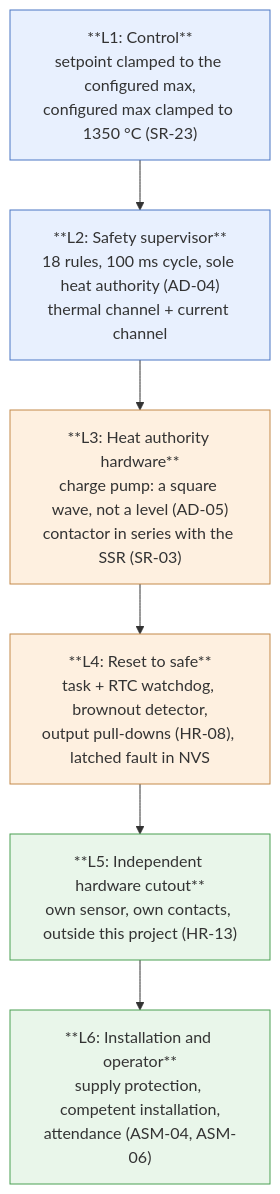
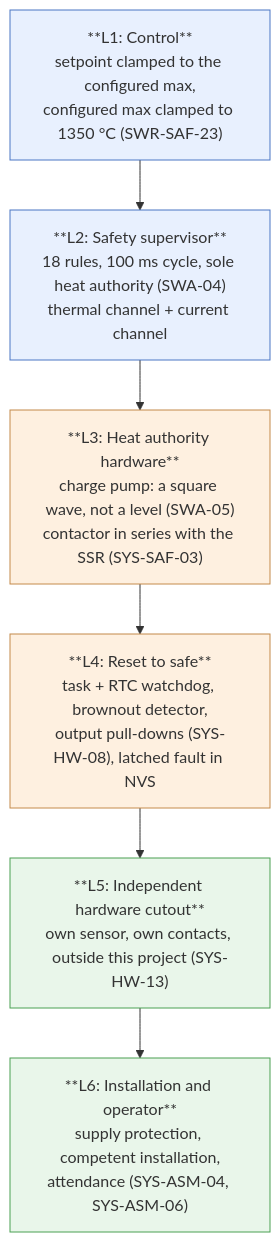
One commit to bitcrushtesting/SafeKilnController changed the second of 2 diagrams in docs/safety.md. Above: the diagram before and after it, drawn with Mermaid. The commit also changed other lines of this file and 166 other files, not shown here.

````diff
--- a/docs/safety.md
+++ b/docs/safety.md
@@ -152,16 +152,16 @@
 ```mermaid
 flowchart TB
-    L1["**L1: Control**<br/>setpoint clamped to the configured max,<br/>configured max clamped to 1350 °C (SR-23)"]
-    L2["**L2: Safety supervisor**<br/>18 rules, 100 ms cycle, sole heat authority (AD-04)<br/>thermal channel + current channel"]
-    L3["**L3: Heat authority hardware**<br/>charge pump: a square wave, not a level (AD-05)<br/>contactor in series with the SSR (SR-03)"]
-    L4["**L4: Reset to safe**<br/>task + RTC watchdog, brownout detector,<br/>output pull-downs (HR-08), latched fault in NVS"]
-    L5["**L5: Independent hardware cutout**<br/>own sensor, own contacts, outside this project (HR-13)"]
-    L6["**L6: Installation and operator**<br/>supply protection, competent installation,<br/>attendance (ASM-04, ASM-06)"]
+    L1["**L1: Control**<br/>setpoint clamped to the configured max,<br/>configured max clamped to 1350 °C (SWR-SAF-23)"]
+    L2["**L2: Safety supervisor**<br/>18 rules, 100 ms cycle, sole heat authority (SWA-04)<br/>thermal channel + current channel"]
+    L3["**L3: Heat authority hardware**<br/>charge pump: a square wave, not a level (SWA-05)<br/>contactor in series with the SSR (SYS-SAF-03)"]
+    L4["**L4: Reset to safe**<br/>task + RTC watchdog, brownout detector,<br/>output pull-downs (SYS-HW-08), latched fault in NVS"]
+    L5["**L5: Independent hardware cutout**<br/>own sensor, own contacts, outside this project (SYS-HW-13)"]
+    L6["**L6: Installation and operator**<br/>supply protection, competent installation,<br/>attendance (SYS-ASM-04, SYS-ASM-06)"]
     L1 --> L2 --> L3 --> L4 --> L5 --> L6
     style L1 fill:#e8f0fe,stroke:#4a76c4
     style L2 fill:#e8f0fe,stroke:#4a76c4
     style L3 fill:#fef0e0,stroke:#c48a4a
     style L4 fill:#fef0e0,stroke:#c48a4a
     style L5 fill:#e9f6ea,stroke:#4aa052
     style L6 fill:#e9f6ea,stroke:#4aa052
 ```
````
